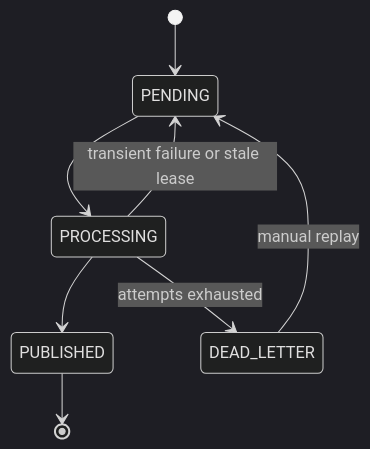
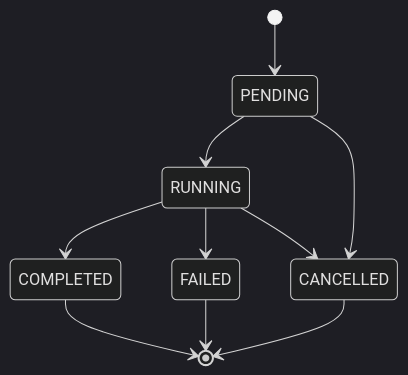
One commit to wye-ts/opspilot changed the eighth of 10 diagrams in docs/03-technical-design.md. Above: the diagram before and after it, drawn with Mermaid (dark theme). The commit also changed other lines of this file and 4 other files, not shown here.

````diff
--- a/docs/03-technical-design.md
+++ b/docs/03-technical-design.md
@@ -1528,10 +1866,12 @@
 ```mermaid
 stateDiagram-v2
     [*] --> PENDING
-    PENDING --> PROCESSING
-    PROCESSING --> PUBLISHED
-    PROCESSING --> PENDING: transient failure or stale lease
-    PROCESSING --> DEAD_LETTER: attempts exhausted
-    PUBLISHED --> [*]
-    DEAD_LETTER --> PENDING: manual replay
+    PENDING --> RUNNING
+    PENDING --> CANCELLED
+    RUNNING --> COMPLETED
+    RUNNING --> FAILED
+    RUNNING --> CANCELLED
+    COMPLETED --> [*]
+    FAILED --> [*]
+    CANCELLED --> [*]
 ```
````
